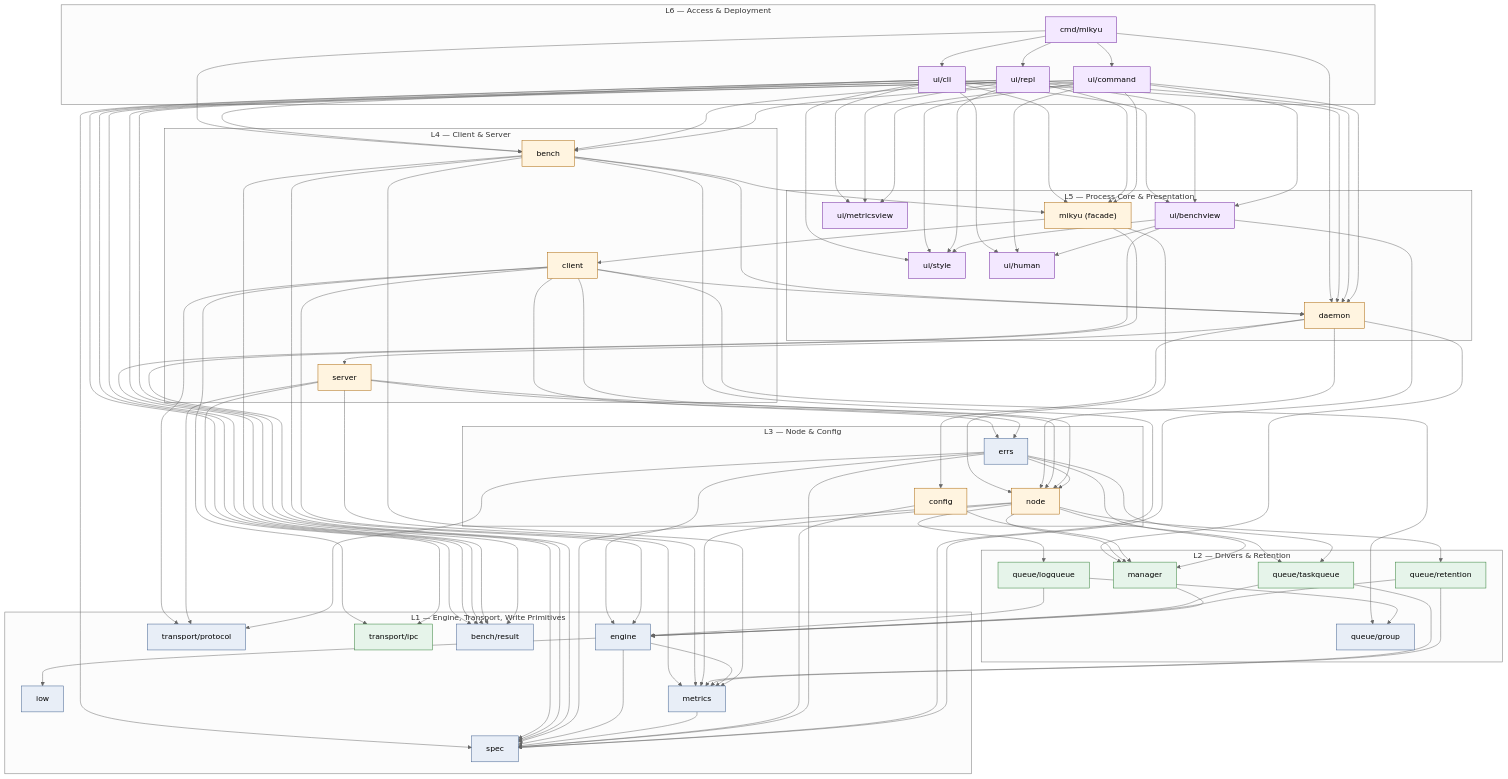
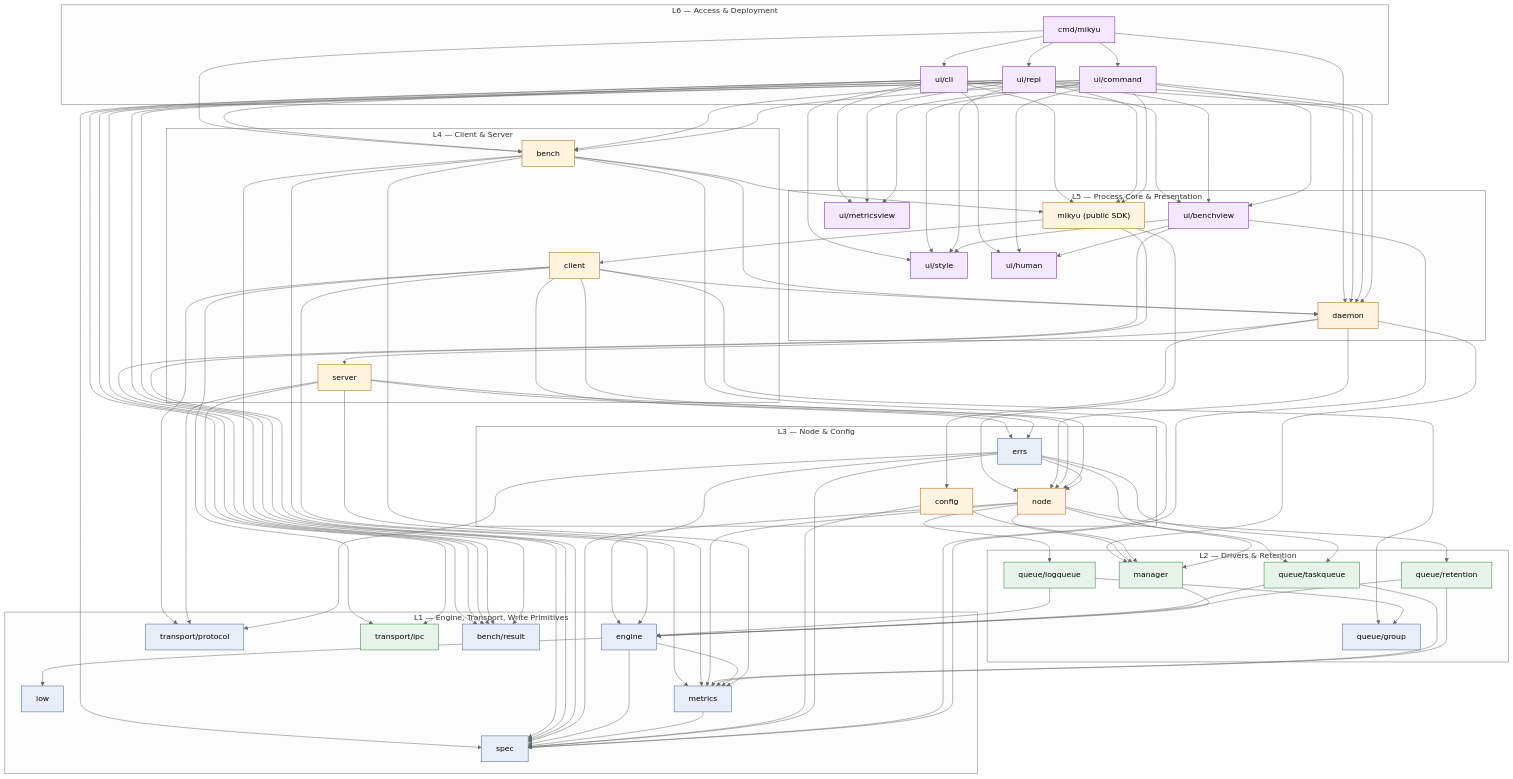
The diagram in AGENTS.md (dmunish/mikyu), drawn with Mermaid (neutral theme) before and after one commit. The commit also changed other lines of this file, not shown here.

Commit message:
[docs] AGENTS.md: record the designed mikyu public surface, adapters, and test gates

````diff
--- a/AGENTS.md
+++ b/AGENTS.md
@@ -135,69 +142,69 @@
 ```mermaid
 flowchart TB
   subgraph L6["L6 — Access & Deployment"]
     BIN["cmd/mikyu"]:::leaf
     CMD["ui/command"]:::leaf
     CLI["ui/cli"]:::leaf
     REPL["ui/repl"]:::leaf
   end
   subgraph L5["L5 — Process Core & Presentation"]
     DAEMON["daemon"]:::core
-    MIKYU["mikyu (facade)"]:::core
+    MIKYU["mikyu (public SDK)"]:::core
     STYLE["ui/style"]:::leaf
     HUMAN["ui/human"]:::leaf
     MVIEW["ui/metricsview"]:::leaf
     BVIEW["ui/benchview"]:::leaf
   end
   subgraph L4["L4 — Client & Server"]
     CLIENT["client"]:::core
     SERVER["server"]:::core
     BENCH["bench"]:::core
   end
   subgraph L3["L3 — Node & Config"]
     NODE["node"]:::core
     CONFIG["config"]:::core
     ERRS["errs"]:::bottom
   end
   subgraph L2["L2 — Drivers & Retention"]
     LOGQ["queue/logqueue"]:::driver
     TASKQ["queue/taskqueue"]:::driver
     RET["queue/retention"]:::driver
     GROUP["queue/group"]:::bottom
     MGR["manager"]:::driver
   end
   subgraph L1["L1 — Engine, Transport, Write Primitives"]
     ENG["engine"]:::bottom
     IOW["iow"]:::bottom
     MET["metrics"]:::bottom
     PROTO["transport/protocol"]:::bottom
     IPC["transport/ipc"]:::driver
     SPEC["spec"]:::bottom
     BRES["bench/result"]:::bottom
   end
 
   BIN --> CLI & REPL & DAEMON & CMD & BENCH
   CLI & REPL & CMD --> MIKYU & DAEMON & SPEC & MVIEW & BVIEW & BENCH & BRES
   CLI & CMD --> STYLE & HUMAN
   REPL --> STYLE
   MIKYU --> CLIENT & NODE & SPEC
   DAEMON --> CONFIG & SERVER & NODE & MGR
   CLIENT --> NODE & PROTO & IPC & ERRS & MET & GROUP & DAEMON
   SERVER --> NODE & PROTO & IPC & ERRS & MET
   NODE --> MGR & LOGQ & TASKQ & RET & MET & SPEC
   LOGQ --> ENG & GROUP
   TASKQ --> ENG & MET
   RET --> ENG & MET
   ENG --> MET & SPEC & IOW
   MET --> SPEC
   MGR --> ENG
   CONFIG --> SPEC & MGR
   ERRS --> SPEC & ENG & MGR & NODE & TASKQ & PROTO
   BENCH --> MIKYU & DAEMON & SPEC & ENG & MET
   BENCH --> BRES
   BVIEW --> BRES & SPEC & HUMAN & STYLE
 
   classDef bottom fill:#e8eef7,stroke:#3b5b8c,color:#000
   classDef driver fill:#e6f4ea,stroke:#2e7d32,color:#000
   classDef core fill:#fff4e0,stroke:#a86200,color:#000
   classDef leaf fill:#f3e8ff,stroke:#6a1b9a,color:#000
 ```
````
